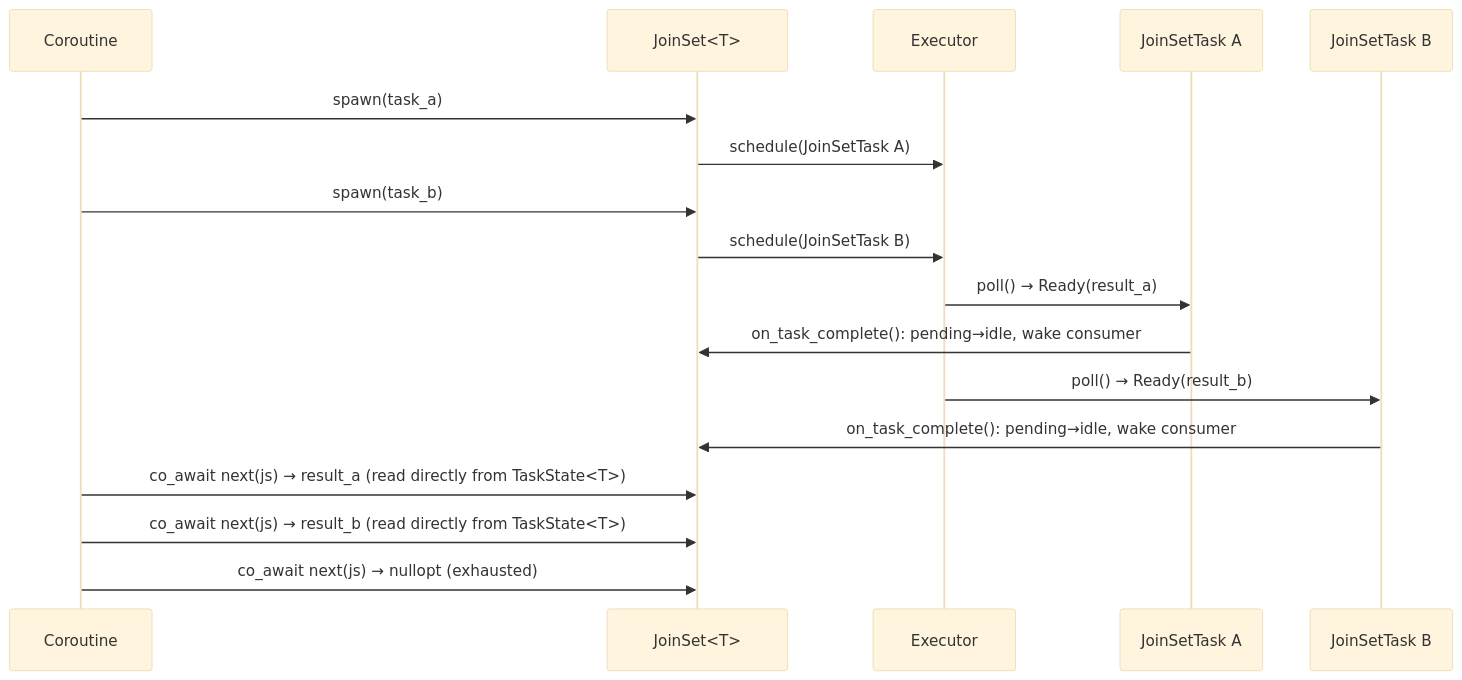
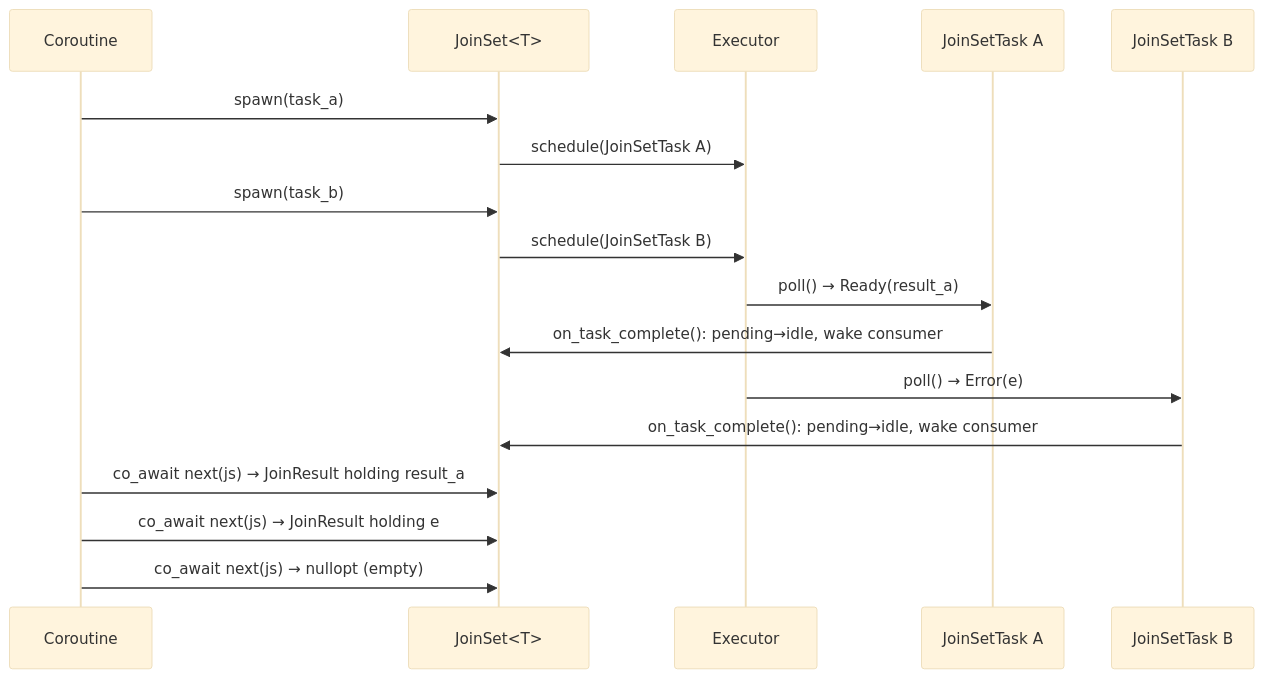
The diagram in doc/design/join_set.md (bts164/coro), drawn with Mermaid (base theme) before and after one commit. The commit also changed other lines of this file and 32 other files, not shown here.

Commit message:
Added CancelHandle, JoinSet spawn now returns a cancel handle that can be used to cancel individual tasks in the set, and added an optional tag value that can be given to each JoinSet task and returned in JoinResult to indicate which task the result is from.

````diff
--- a/doc/design/join_set.md
+++ b/doc/design/join_set.md
@@ -6,22 +6,22 @@
 ```mermaid
 sequenceDiagram
     participant C as Coroutine
     participant JS as JoinSet#lt;T#gt;
     participant E as Executor
     participant T1 as JoinSetTask A
     participant T2 as JoinSetTask B
 
     C->>JS: spawn(task_a)
     JS->>E: schedule(JoinSetTask A)
     C->>JS: spawn(task_b)
     JS->>E: schedule(JoinSetTask B)
 
     E->>T1: poll() → Ready(result_a)
     T1->>JS: on_task_complete(): pending→idle, wake consumer
-    E->>T2: poll() → Ready(result_b)
+    E->>T2: poll() → Error(e)
     T2->>JS: on_task_complete(): pending→idle, wake consumer
 
-    C->>JS: co_await next(js) → result_a (read directly from TaskState#lt;T#gt;)
-    C->>JS: co_await next(js) → result_b (read directly from TaskState#lt;T#gt;)
-    C->>JS: co_await next(js) → nullopt (exhausted)
+    C->>JS: co_await next(js) → JoinResult holding result_a
+    C->>JS: co_await next(js) → JoinResult holding e
+    C->>JS: co_await next(js) → nullopt (empty)
 ```
````
